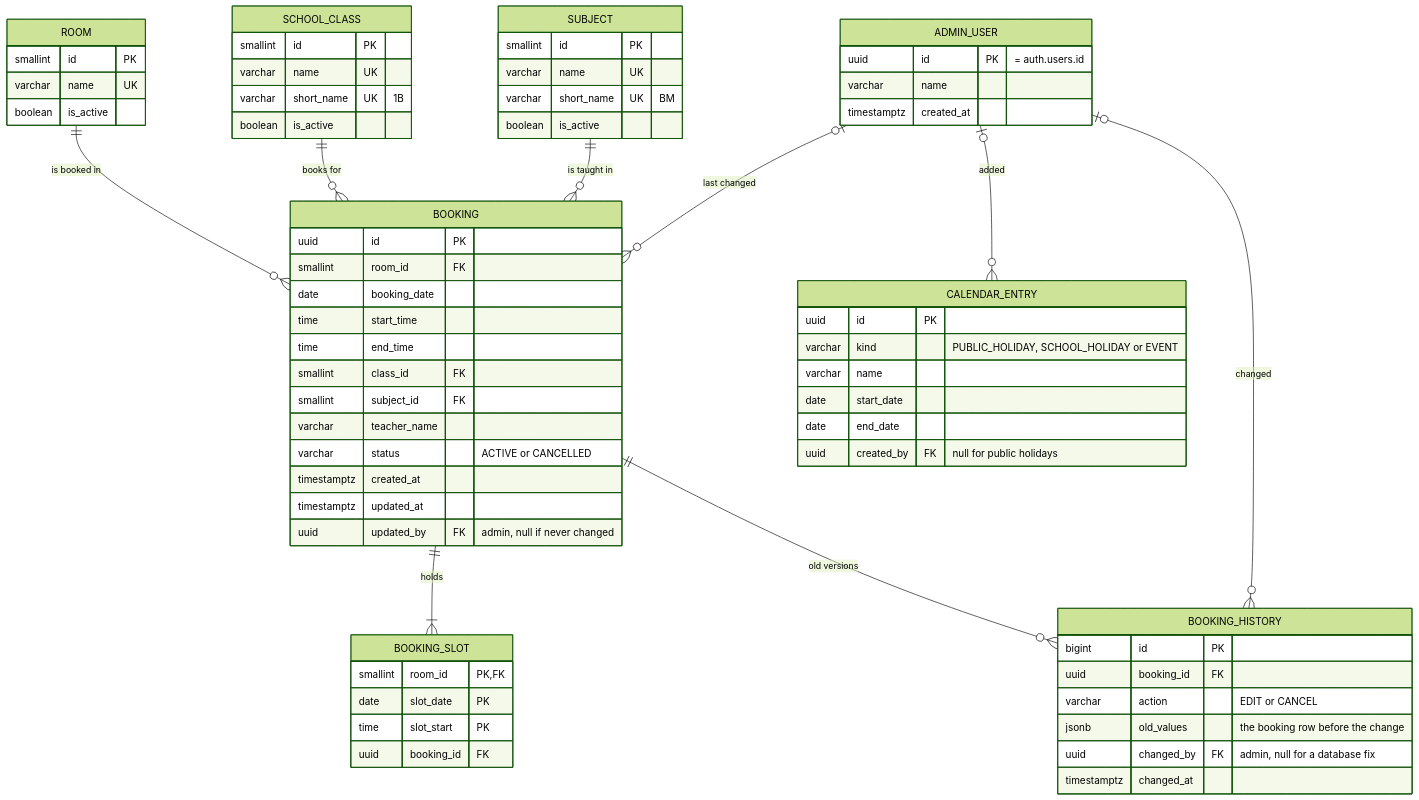
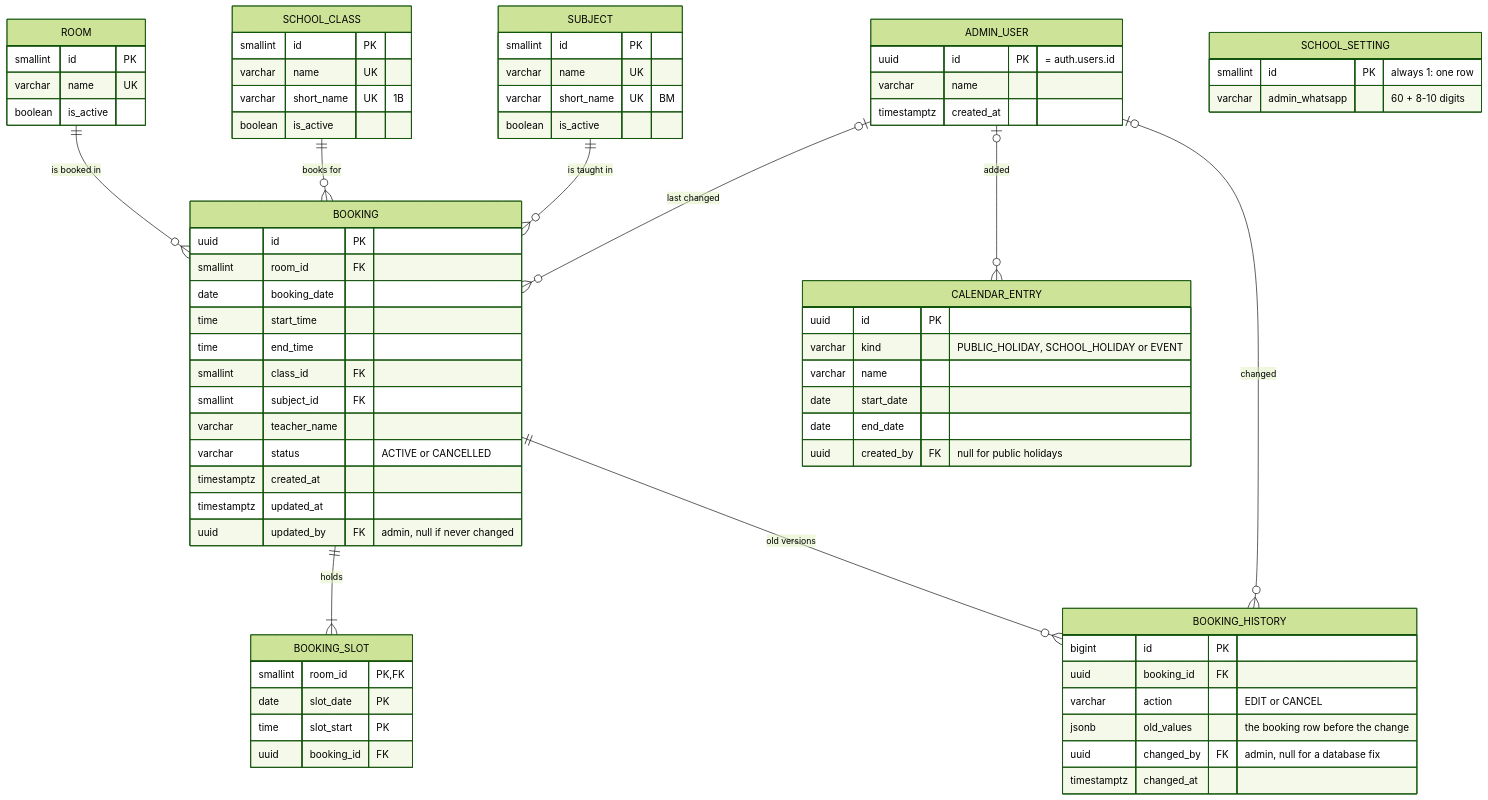
One commit to ictmitspi/mitspi-sys changed the diagram in docs/database.md. Above: the diagram before and after it, drawn with Mermaid (forest theme). The commit also changed other lines of this file and 2 other files, not shown here.

````diff
--- a/docs/database.md
+++ b/docs/database.md
@@ -8,70 +25,74 @@
 ```mermaid
 erDiagram
   ROOM ||--o{ BOOKING : "is booked in"
   SCHOOL_CLASS ||--o{ BOOKING : "books for"
   SUBJECT ||--o{ BOOKING : "is taught in"
   BOOKING ||--|{ BOOKING_SLOT : "holds"
   BOOKING ||--o{ BOOKING_HISTORY : "old versions"
   ADMIN_USER |o--o{ BOOKING : "last changed"
   ADMIN_USER |o--o{ BOOKING_HISTORY : "changed"
   ADMIN_USER |o--o{ CALENDAR_ENTRY : "added"
 
   ROOM {
     smallint id PK
     varchar name UK
     boolean is_active
   }
   SCHOOL_CLASS {
     smallint id PK
     varchar name UK
     varchar short_name UK "1B"
     boolean is_active
   }
   SUBJECT {
     smallint id PK
     varchar name UK
     varchar short_name UK "BM"
     boolean is_active
   }
   BOOKING {
     uuid id PK
     smallint room_id FK
     date booking_date
     time start_time
     time end_time
     smallint class_id FK
     smallint subject_id FK
     varchar teacher_name
     varchar status "ACTIVE or CANCELLED"
     timestamptz created_at
     timestamptz updated_at
     uuid updated_by FK "admin, null if never changed"
   }
   BOOKING_SLOT {
     smallint room_id PK, FK
     date slot_date PK
     time slot_start PK
     uuid booking_id FK
   }
   BOOKING_HISTORY {
     bigint id PK
     uuid booking_id FK
     varchar action "EDIT or CANCEL"
     jsonb old_values "the booking row before the change"
     uuid changed_by FK "admin, null for a database fix"
     timestamptz changed_at
   }
   ADMIN_USER {
     uuid id PK "= auth.users.id"
     varchar name
     timestamptz created_at
   }
   CALENDAR_ENTRY {
     uuid id PK
     varchar kind "PUBLIC_HOLIDAY, SCHOOL_HOLIDAY or EVENT"
     varchar name
     date start_date
     date end_date
     uuid created_by FK "null for public holidays"
   }
+  SCHOOL_SETTING {
+    smallint id PK "always 1: one row"
+    varchar admin_whatsapp "60 + 8-10 digits"
+  }
 ```
````
